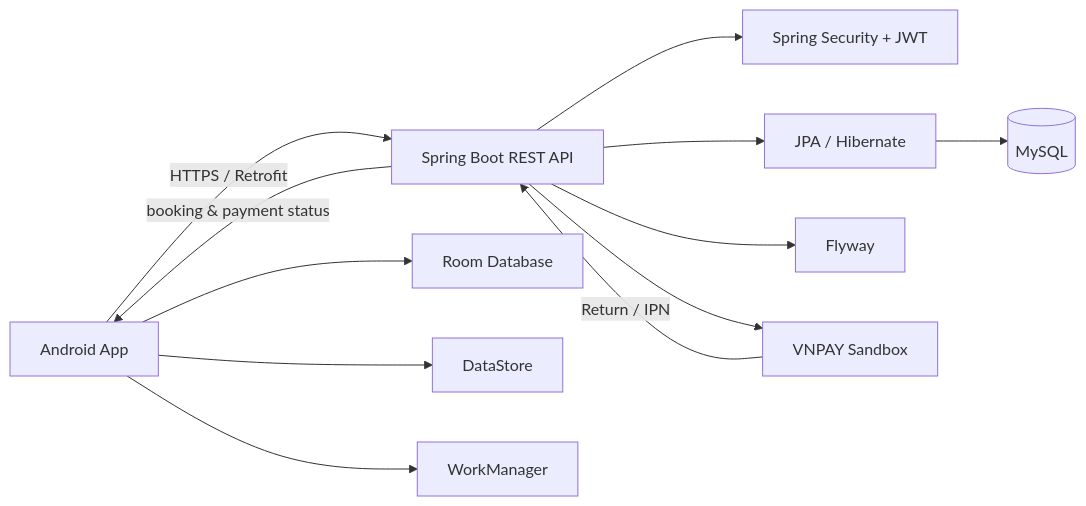
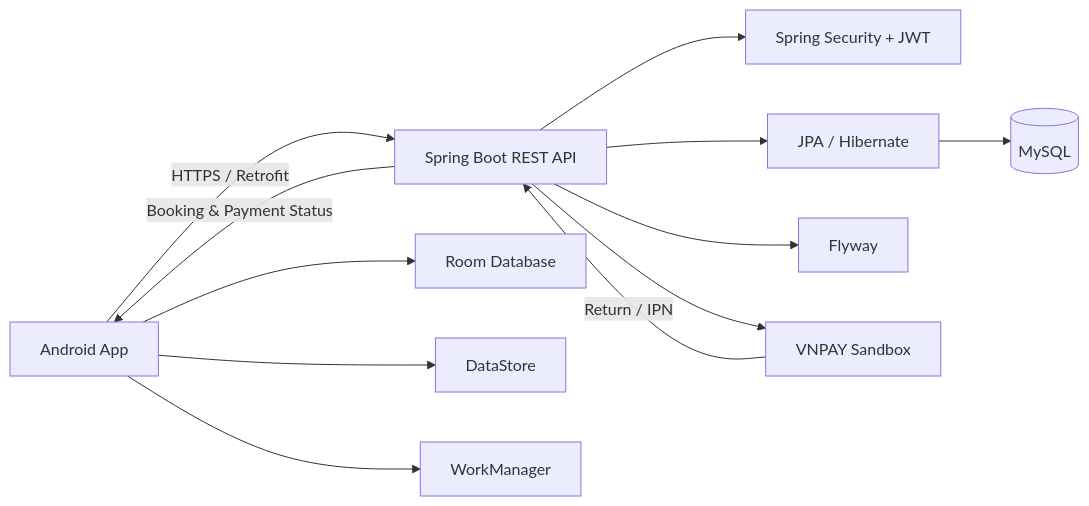
The diagram in README.md (truongnguyen3006/BookingHotel), drawn with Mermaid before and after one commit. The commit also changed other lines of this file, not shown here.

````diff
--- a/README.md
+++ b/README.md
@@ -40,16 +45,16 @@
 ```mermaid
 flowchart LR
     A[Android App] -->|HTTPS / Retrofit| B[Spring Boot REST API]
     A --> C[Room Database]
     A --> D[DataStore]
     A --> E[WorkManager]
 
     B --> F[Spring Security + JWT]
     B --> G[JPA / Hibernate]
     G --> H[(MySQL)]
     B --> I[Flyway]
     B --> J[VNPAY Sandbox]
 
     J -->|Return / IPN| B
-    B -->|booking & payment status| A
+    B -->|Booking & Payment Status| A
 ```
````
